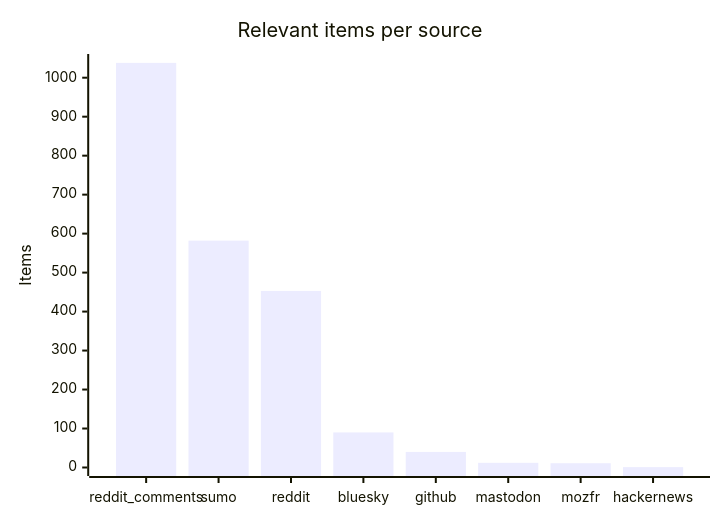
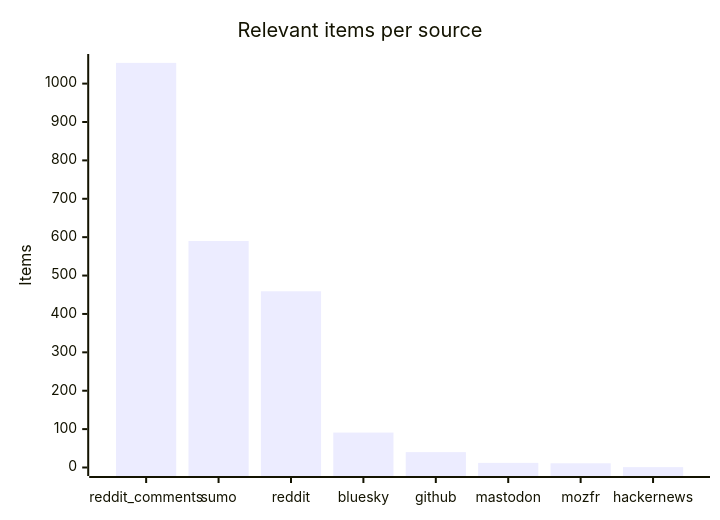
Before and after one commit to martinbalfanz/social-scanner-reports: the third of 4 diagrams in README.md, drawn with Mermaid. The commit also changed other lines of this file and 4 other files, not shown here.

````diff
--- a/README.md
+++ b/README.md
@@ -48,7 +48,7 @@
 ```mermaid
 xychart-beta
     title "Relevant items per source"
     x-axis ["reddit_comments", "sumo", "reddit", "bluesky", "github", "mastodon", "mozfr", "hackernews"]
-    y-axis "Items" 0 --> 1039
-    bar [1038, 582, 453, 90, 40, 12, 11, 1]
+    y-axis "Items" 0 --> 1055
+    bar [1054, 590, 459, 91, 40, 12, 11, 1]
 ```
````
